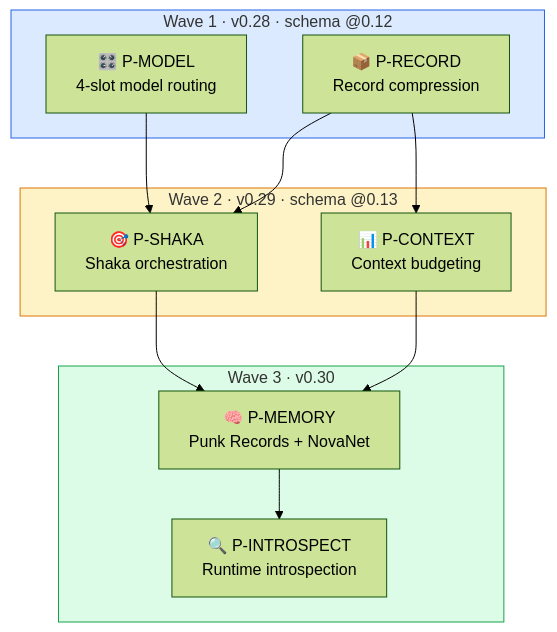
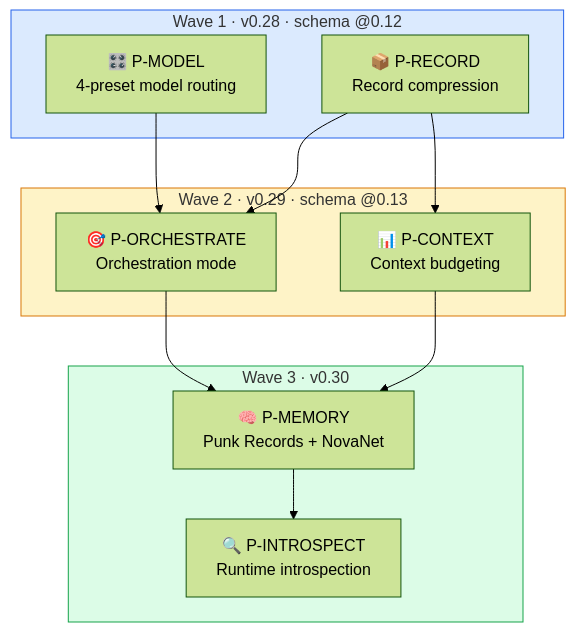
Before and after one commit to supernovae-st/nika: the third of 4 diagrams in docs/vision/00-README.md, drawn with Mermaid (forest theme). The commit also changed other lines of this file and 72 other files, not shown here.

````diff
--- a/docs/vision/00-README.md
+++ b/docs/vision/00-README.md
@@ -104,35 +121,35 @@
 ```mermaid
 flowchart TD
-    PM[🎛️ P-MODEL<br/>4-slot model routing]
+    PM[🎛️ P-MODEL<br/>4-preset model routing]
     PR[📦 P-RECORD<br/>Record compression]
-    PS[🎯 P-SHAKA<br/>Shaka orchestration]
+    PS[🎯 P-ORCHESTRATE<br/>Orchestration mode]
     PC[📊 P-CONTEXT<br/>Context budgeting]
     PMEM[🧠 P-MEMORY<br/>Punk Records + NovaNet]
     PI[🔍 P-INTROSPECT<br/>Runtime introspection]
 
     PM --> PS
     PR --> PS
     PR --> PC
     PS --> PMEM
     PC --> PMEM
     PMEM --> PI
 
     subgraph W1["Wave 1 · v0.28 · schema @0.12"]
         PM
         PR
     end
 
     subgraph W2["Wave 2 · v0.29 · schema @0.13"]
         PS
         PC
     end
 
     subgraph W3["Wave 3 · v0.30"]
         PMEM
         PI
     end
 
     style W1 fill:#dbeafe,stroke:#2563eb
     style W2 fill:#fef3c7,stroke:#d97706
     style W3 fill:#dcfce7,stroke:#16a34a
 ```
````
